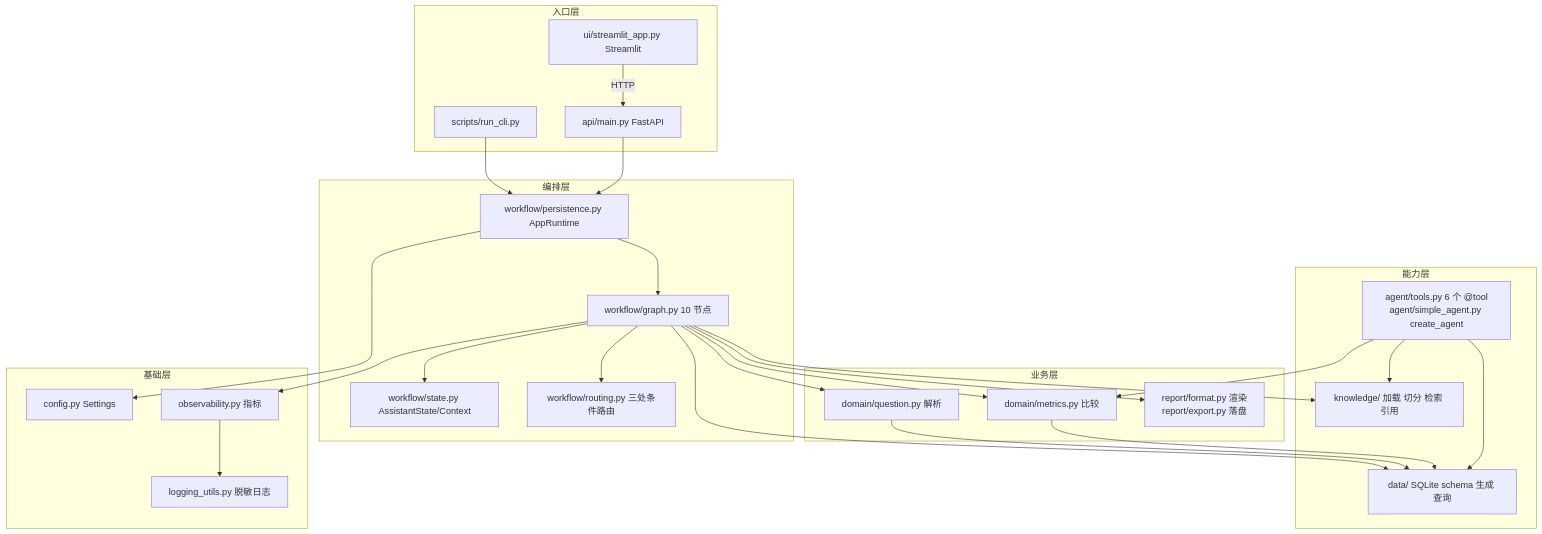
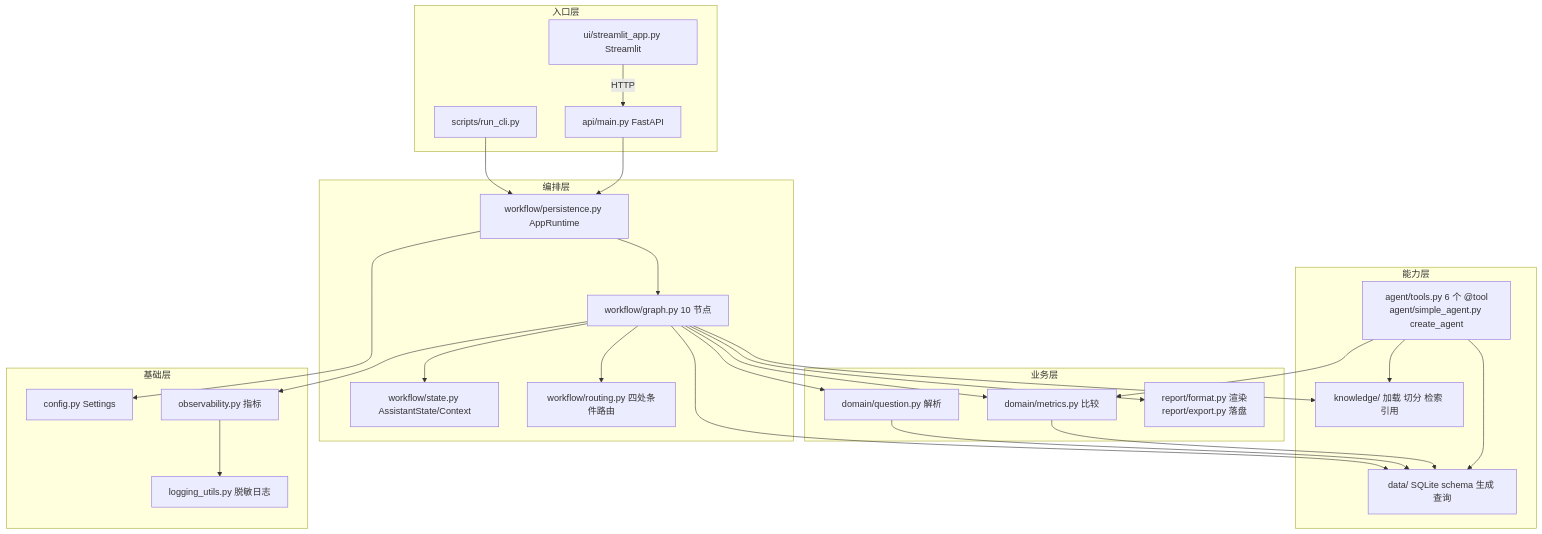
Before and after one commit to CellMook/langgraph-ops-assistant: the first of 5 diagrams in docs/architecture.md, drawn with Mermaid. The commit also changed other lines of this file and 58 other files, not shown here.

````diff
--- a/docs/architecture.md
+++ b/docs/architecture.md
@@ -10,53 +10,53 @@
 ```mermaid
 flowchart TB
     subgraph 入口层
         CLI[scripts/run_cli.py]
         API[api/main.py FastAPI]
         UI[ui/streamlit_app.py Streamlit]
     end
 
     subgraph 编排层
         WF[workflow/graph.py 10 节点]
         RT[workflow/persistence.py AppRuntime]
         ST[workflow/state.py AssistantState/Context]
-        RO[workflow/routing.py 三处条件路由]
+        RO[workflow/routing.py 四处条件路由]
     end
 
     subgraph 业务层
         DOM[domain/question.py 解析]
         MET[domain/metrics.py 比较]
         REP[report/format.py 渲染<br/>report/export.py 落盘]
     end
 
     subgraph 能力层
         AG[agent/tools.py 6 个 @tool<br/>agent/simple_agent.py create_agent]
         KB[knowledge/ 加载 切分 检索 引用]
         DATA[data/ SQLite schema 生成 查询]
     end
 
     subgraph 基础层
         CFG[config.py Settings]
         LOG[logging_utils.py 脱敏日志]
         OBS[observability.py 指标]
     end
 
     CLI --> RT
     API --> RT
     UI -->|HTTP| API
     RT --> WF
     WF --> ST
     WF --> RO
     WF --> DOM
     WF --> MET
     WF --> KB
     WF --> DATA
     WF --> REP
     DOM --> DATA
     MET --> DATA
     AG --> DATA
     AG --> MET
     AG --> KB
     RT --> CFG
     WF --> OBS
     OBS --> LOG
 ```
````
